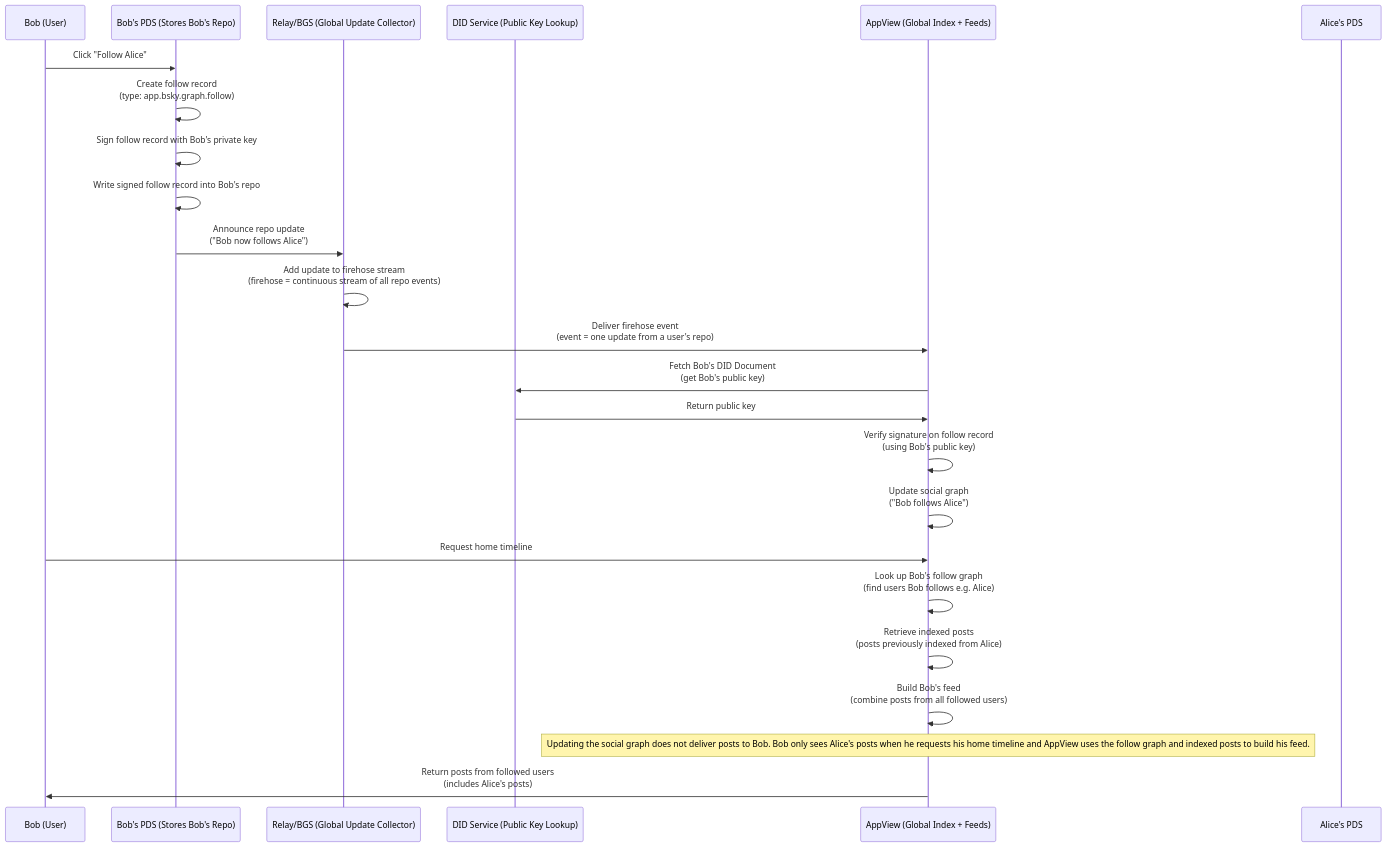
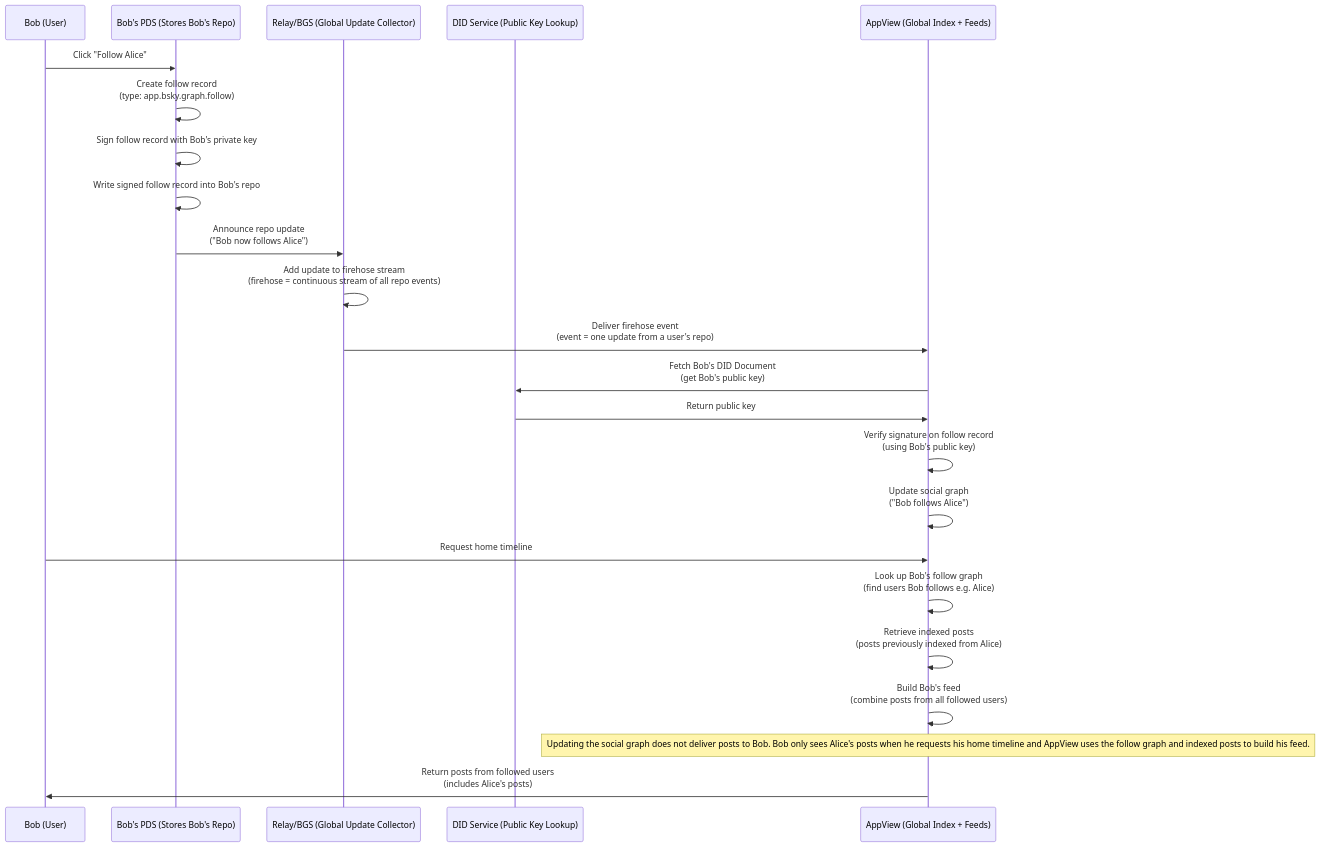
The tenth of 18 diagrams in alternatives.md (gargster/ELEC4712_Decentralised_Blog), drawn with Mermaid before and after one commit.

Commit message:
removed actor which isn't interacted with

````diff
--- a/alternatives.md
+++ b/alternatives.md
@@ -226,36 +226,35 @@
 ```mermaid
 sequenceDiagram
     participant Bob as Bob (User)
     participant BobPDS as Bob's PDS (Stores Bob's Repo)
     participant Relay as Relay/BGS (Global Update Collector)
     participant DID as DID Service (Public Key Lookup)
     participant AppView as AppView (Global Index + Feeds)
-    participant AlicePDS as Alice's PDS
 
     Bob->>BobPDS: Click "Follow Alice"
     BobPDS->>BobPDS: Create follow record<br>(type: app.bsky.graph.follow)
     BobPDS->>BobPDS: Sign follow record with Bob's private key
     BobPDS->>BobPDS: Write signed follow record into Bob's repo
 
     BobPDS->>Relay: Announce repo update<br>("Bob now follows Alice")
     Relay->>Relay: Add update to firehose stream<br>(firehose = continuous stream of all repo events)
     Relay->>AppView: Deliver firehose event<br>(event = one update from a user's repo)
 
     AppView->>DID: Fetch Bob's DID Document<br>(get Bob's public key)
     DID->>AppView: Return public key
     AppView->>AppView: Verify signature on follow record<br>(using Bob's public key)
 
     AppView->>AppView: Update social graph<br>("Bob follows Alice")
     Bob->>AppView: Request home timeline
 
     AppView->>AppView: Look up Bob's follow graph<br>(find users Bob follows e.g. Alice)
     AppView->>AppView: Retrieve indexed posts<br>(posts previously indexed from Alice)
     AppView->>AppView: Build Bob's feed<br>(combine posts from all followed users)
 
     
     Note over AppView: Updating the social graph does not deliver posts to Bob. Bob only sees Alice's posts when he requests his home timeline and AppView uses the follow graph and indexed posts to build his feed.
     
 
     AppView->>Bob: Return posts from followed users<br>(includes Alice's posts)
 
 ```
````
